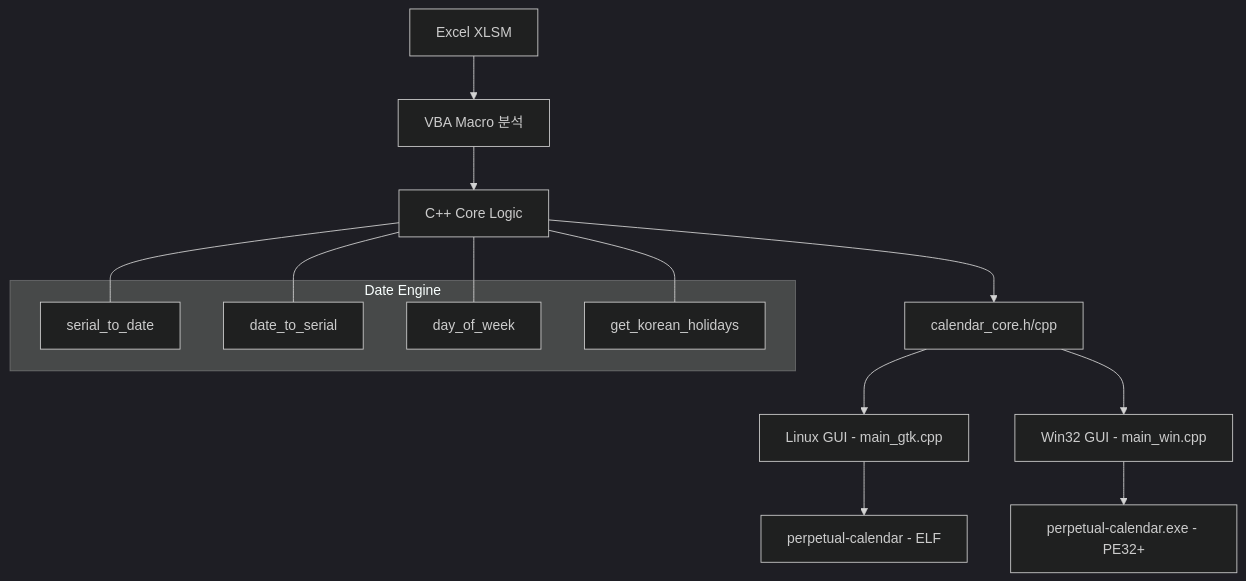
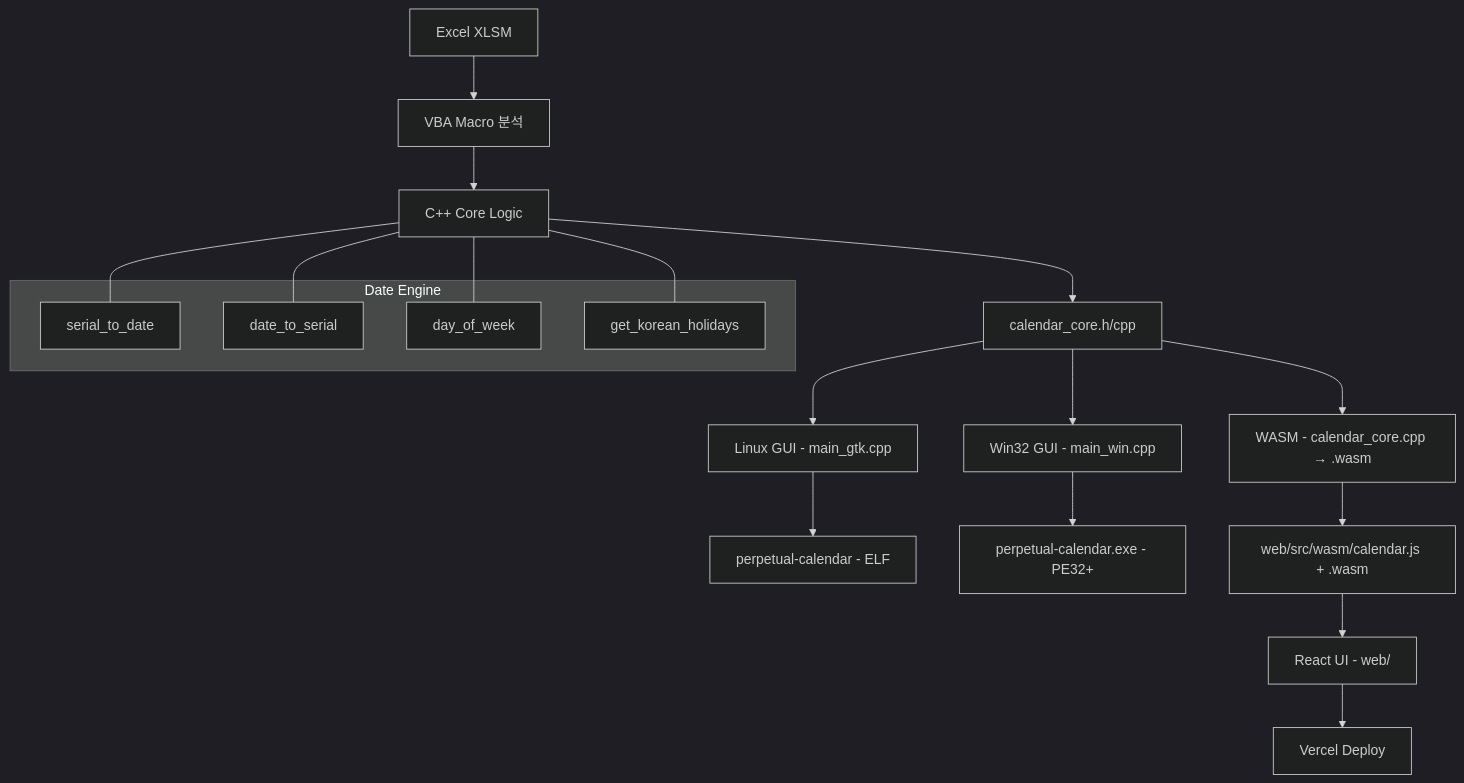
The second of 2 diagrams in README.md (hslcrb/perpetual-calendar), drawn with Mermaid (dark theme) before and after one commit. The commit also changed other lines of this file and 18 other files, not shown here.

First line of the commit message:
feat: Vite+React WASM 웹앱 — C++→Emscripten→브라우저 100% 동일 달력

````diff
--- a/README.md
+++ b/README.md
@@ -52,19 +117,23 @@
 ```mermaid
 flowchart TD
     A[Excel XLSM] --> B[VBA Macro 분석]
     B --> C[C++ Core Logic]
     C --> D[calendar_core.h/cpp]
     D --> E[Linux GUI - main_gtk.cpp]
     D --> F[Win32 GUI - main_win.cpp]
-    E --> G[perpetual-calendar - ELF]
-    F --> H[perpetual-calendar.exe - PE32+]
+    D --> G[WASM - calendar_core.cpp → .wasm]
+    E --> H[perpetual-calendar - ELF]
+    F --> I[perpetual-calendar.exe - PE32+]
+    G --> J[web/src/wasm/calendar.js + .wasm]
+    J --> K[React UI - web/]
+    K --> L[Vercel Deploy]
     
     subgraph "Date Engine"
-        I[serial_to_date] 
-        J[date_to_serial]
-        K[day_of_week]
-        L[get_korean_holidays]
+        M[serial_to_date] 
+        N[date_to_serial]
+        O[day_of_week]
+        P[get_korean_holidays]
     end
     
-    C --- I & J & K & L
+    C --- M & N & O & P
 ```
````
